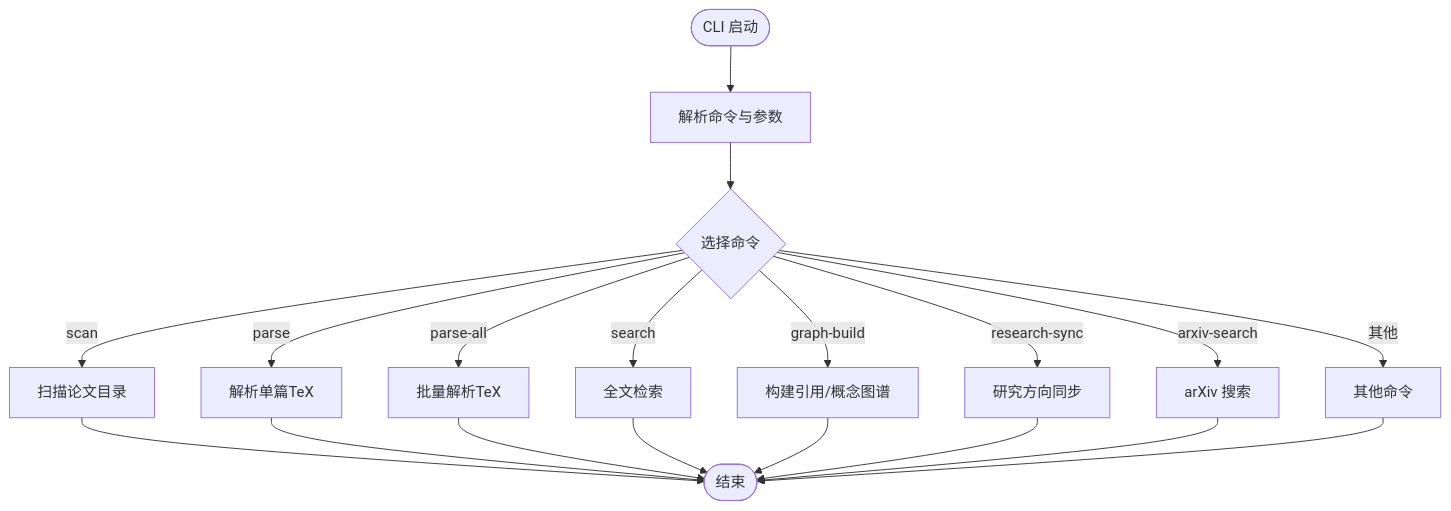
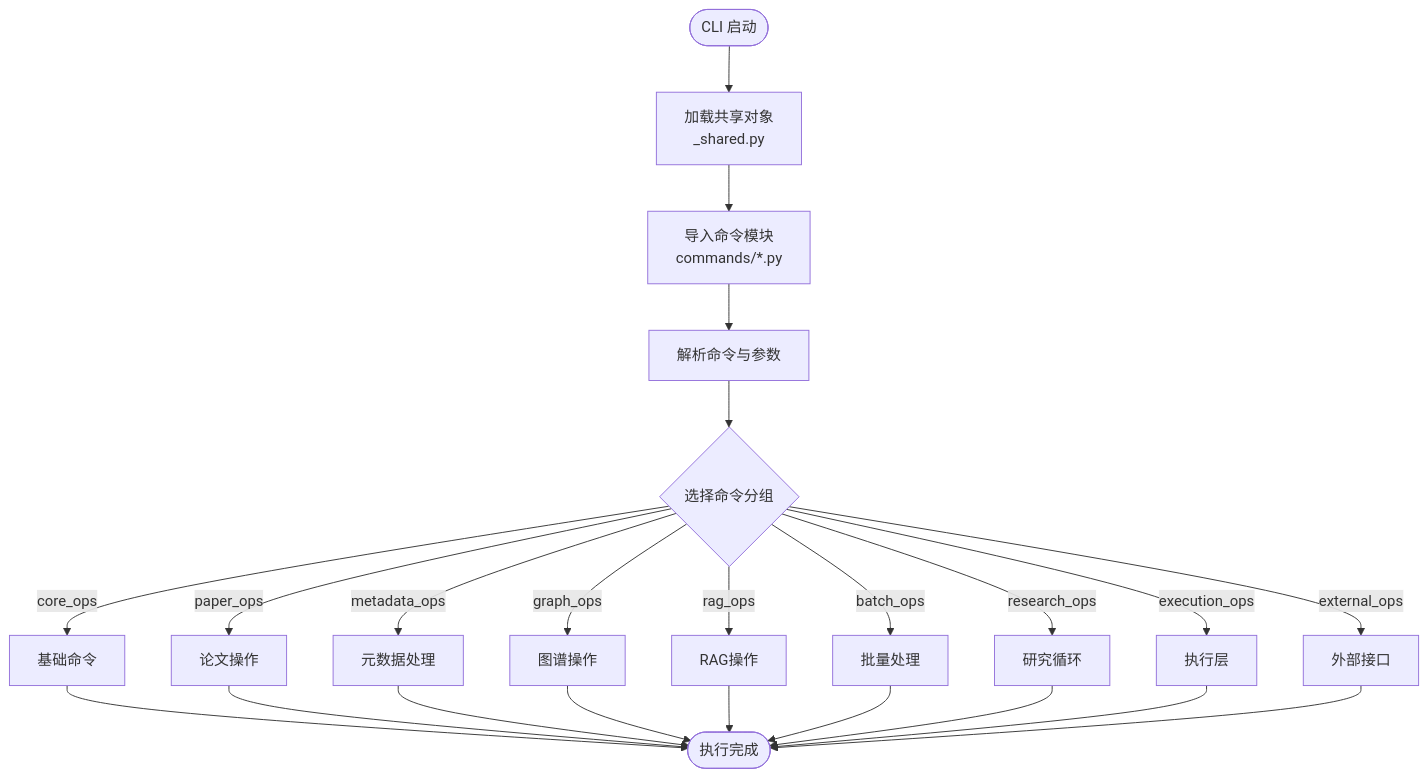
One commit to 1173591564/academic-based-qoder changed the third of 11 diagrams in .qoder/repowiki/zh/content/Python后端系统/Python后端系统.md. Above: the diagram before and after it, drawn with Mermaid. The commit also changed other lines of this file and 68 other files, not shown here.

````diff
--- a/.qoder/repowiki/zh/content/Python后端系统/Python后端系统.md
+++ b/.qoder/repowiki/zh/content/Python后端系统/Python后端系统.md
@@ -168,21 +245,25 @@
 ```mermaid
 flowchart TD
-Start(["CLI 启动"]) --> ParseArgs["解析命令与参数"]
-ParseArgs --> Dispatch{"选择命令"}
-Dispatch --> |scan| Scan["扫描论文目录"]
-Dispatch --> |parse| Parse["解析单篇TeX"]
-Dispatch --> |parse-all| ParseAll["批量解析TeX"]
-Dispatch --> |search| Search["全文检索"]
-Dispatch --> |graph-build| BuildGraph["构建引用/概念图谱"]
-Dispatch --> |research-sync| Sync["研究方向同步"]
-Dispatch --> |arxiv-search| Arxiv["arXiv 搜索"]
-Dispatch --> |其他| Other["其他命令"]
-Scan --> End(["结束"])
-Parse --> End
-ParseAll --> End
-Search --> End
-BuildGraph --> End
-Sync --> End
-Arxiv --> End
-Other --> End
+Start(["CLI 启动"]) --> LoadShared["加载共享对象<br/>_shared.py"]
+LoadShared --> ImportCommands["导入命令模块<br/>commands/*.py"]
+ImportCommands --> ParseArgs["解析命令与参数"]
+ParseArgs --> Dispatch{"选择命令分组"}
+Dispatch --> |core_ops| Core["基础命令"]
+Dispatch --> |paper_ops| Paper["论文操作"]
+Dispatch --> |metadata_ops| Meta["元数据处理"]
+Dispatch --> |graph_ops| Graph["图谱操作"]
+Dispatch --> |rag_ops| RAG["RAG操作"]
+Dispatch --> |batch_ops| Batch["批量处理"]
+Dispatch --> |research_ops| Research["研究循环"]
+Dispatch --> |execution_ops| Exec["执行层"]
+Dispatch --> |external_ops| Ext["外部接口"]
+Core --> End(["执行完成"])
+Paper --> End
+Meta --> End
+Graph --> End
+RAG --> End
+Batch --> End
+Research --> End
+Exec --> End
+Ext --> End
 ```
````
